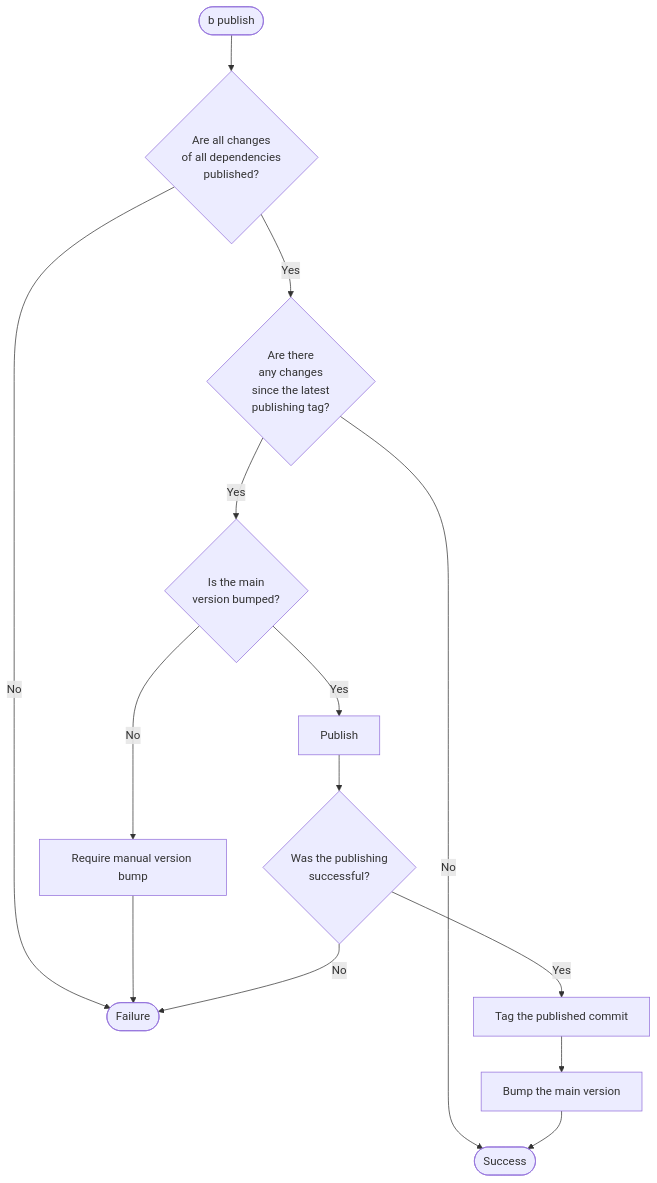
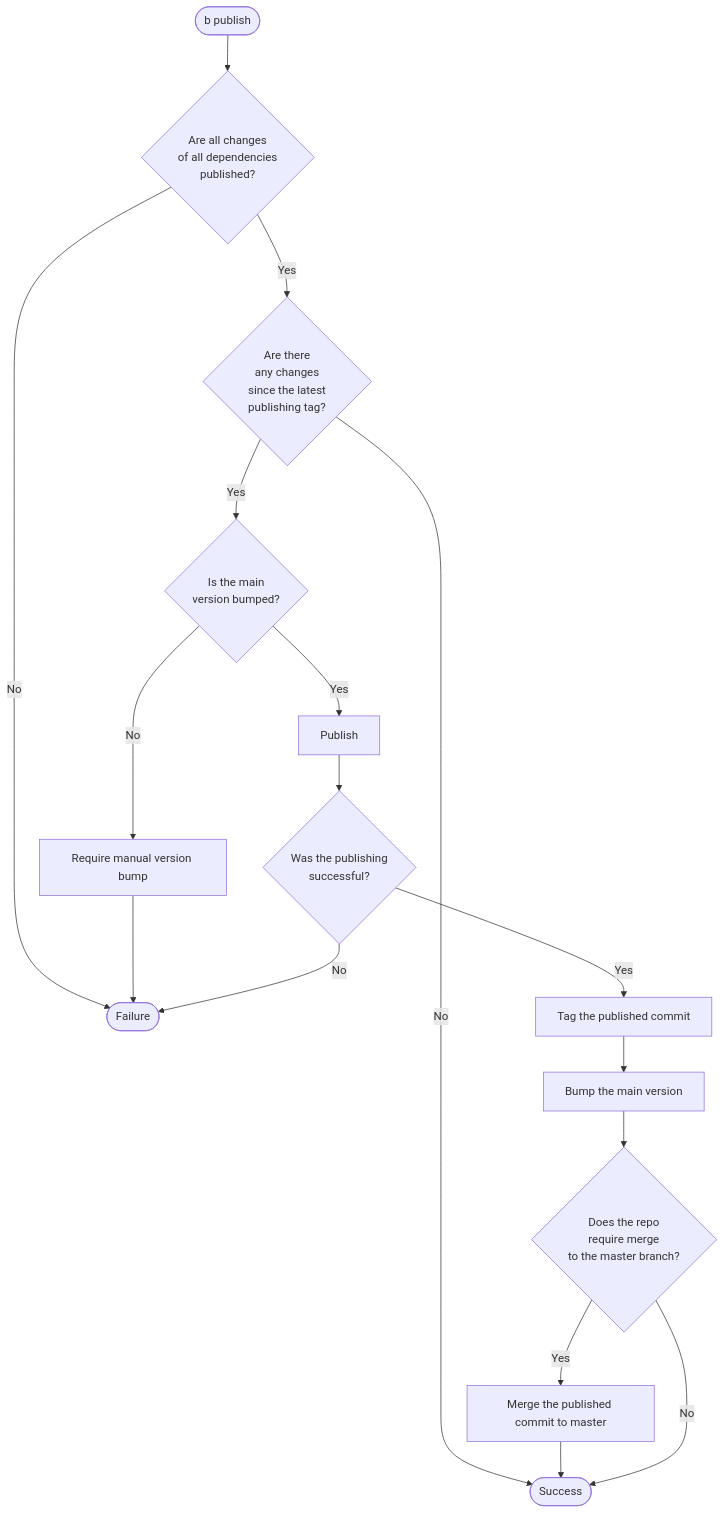
The diagram in doc/publish-flow.md (postsharp/PostSharp.Engineering), drawn with Mermaid before and after one commit. The commit also changed 1 other file, not shown here.

Commit message:
#29947 Publishing design improved, typos fixed.

````diff
--- a/doc/publish-flow.md
+++ b/doc/publish-flow.md
@@ -3,22 +3,27 @@
 ```mermaid
 flowchart TB
     start([b publish])
     success([Success])
     failure([Failure])
 
     start --> dependencies_published{Are all changes<br>of all dependencies<br>published?}
     
     dependencies_published --> |Yes| any_changes{Are there<br>any changes<br>since the latest<br>publishing tag?}
     dependencies_published --> |No| failure
 
     any_changes --> |Yes| is_version_bumped{Is the main<br>version bumped?}
     any_changes --> |No| success
 
     is_version_bumped --> |Yes| publish[Publish]
     is_version_bumped --> |No| manual_version_bump[Require manual version bump] --> failure
 
     publish --> is_published{Was the publishing<br>successful?}
 
-    is_published --> |Yes| tag[Tag the published commit] --> version_bump[Bump the main version] --> success
+    is_published --> |Yes| tag[Tag the published commit] --> version_bump[Bump the main version]
     is_published --> |No| failure
+
+    version_bump --> requires_merge{Does the repo<br>require merge<br>to the master branch?}
+
+    requires_merge --> |Yes| merge[Merge the published commit to master] --> success
+    requires_merge --> |No| success
 ```
````
